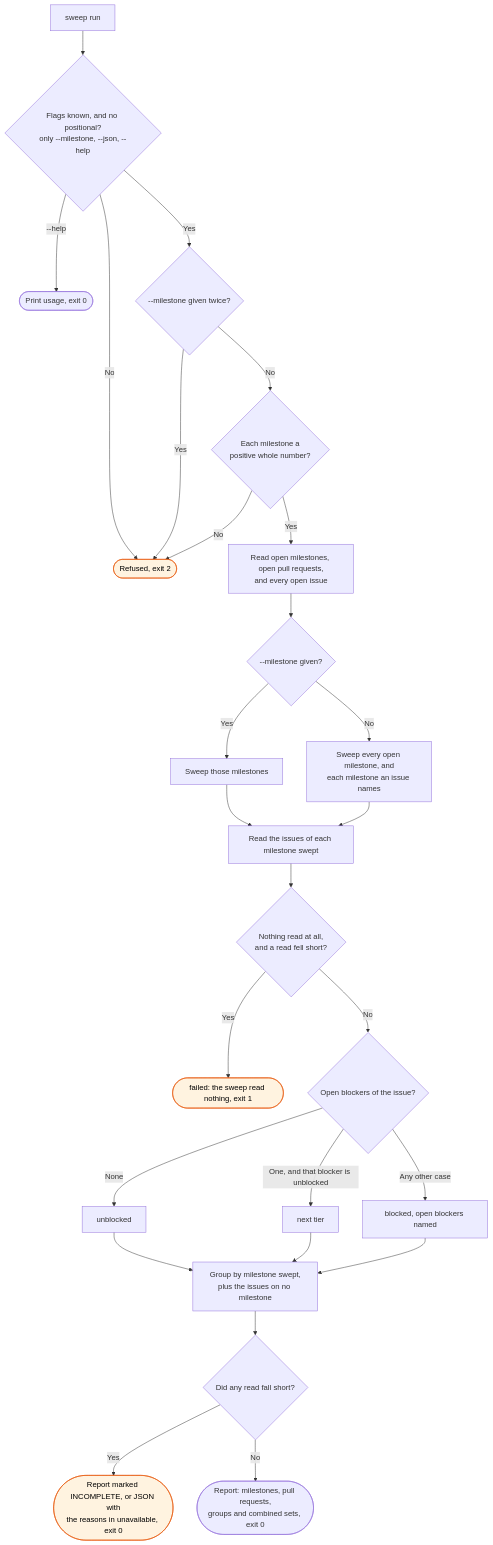
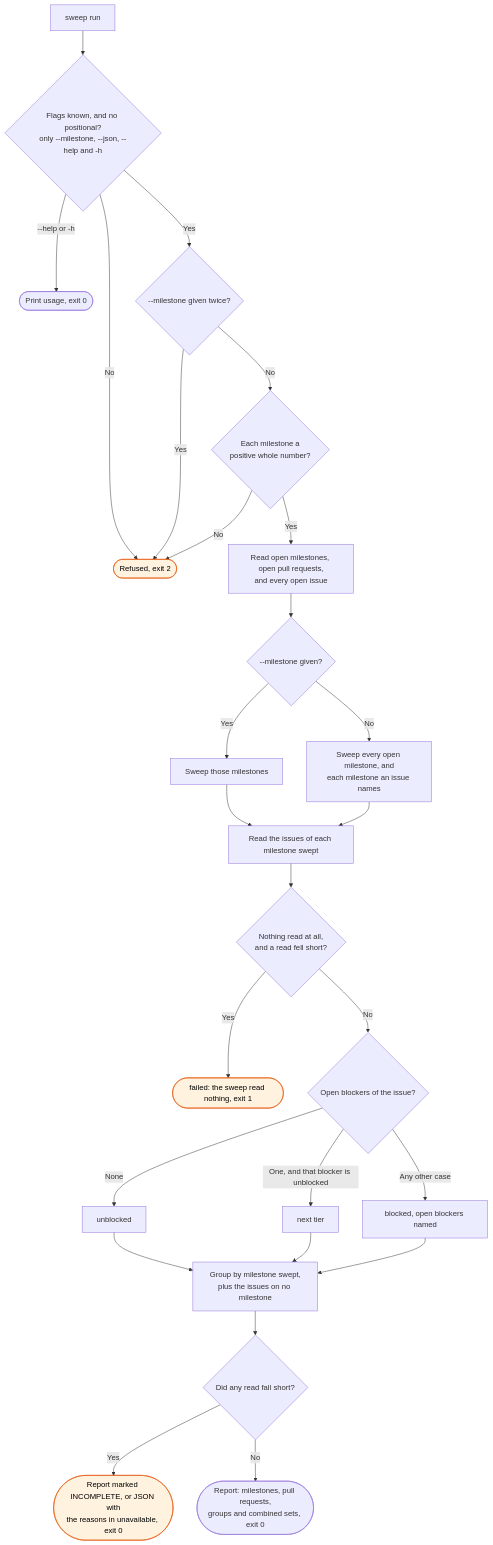
The diagram in docs/flows/workstreams/sweep/sweep-flow.md (bje-settings/claude), drawn with Mermaid before and after one commit. The commit also changed 23 other files, not shown here.

````diff
--- a/docs/flows/workstreams/sweep/sweep-flow.md
+++ b/docs/flows/workstreams/sweep/sweep-flow.md
@@ -15,30 +15,30 @@
 ```mermaid
 flowchart TD
-    A[sweep run] --> B{Flags known, and no positional?<br/>only --milestone, --json, --help}
+    A[sweep run] --> B{Flags known, and no positional?<br/>only --milestone, --json, --help and -h}
     B -->|No| Z1([Refused, exit 2]):::stop
-    B -->|--help| H([Print usage, exit 0])
+    B -->|--help or -h| H([Print usage, exit 0])
     B -->|Yes| C{--milestone given twice?}
     C -->|Yes| Z1
     C -->|No| D{Each milestone a<br/>positive whole number?}
     D -->|No| Z1
     D -->|Yes| E[Read open milestones, open pull requests,<br/>and every open issue]
     E --> F{--milestone given?}
     F -->|Yes| G[Sweep those milestones]
     F -->|No| I[Sweep every open milestone, and<br/>each milestone an issue names]
     G --> J[Read the issues of each milestone swept]
     I --> J
     J --> K{Nothing read at all,<br/>and a read fell short?}
     K -->|Yes| Z2([failed: the sweep read nothing, exit 1]):::stop
     K -->|No| L{Open blockers of the issue?}
     L -->|None| T1[unblocked]
     L -->|One, and that blocker is unblocked| T2[next tier]
     L -->|Any other case| T3[blocked, open blockers named]
     T1 --> N[Group by milestone swept,<br/>plus the issues on no milestone]
     T2 --> N
     T3 --> N
     N --> O{Did any read fall short?}
     O -->|Yes| P([Report marked INCOMPLETE, or JSON with<br/>the reasons in unavailable, exit 0]):::stop
     O -->|No| Q([Report: milestones, pull requests,<br/>groups and combined sets, exit 0])
 
     classDef stop fill:#fff3e0,stroke:#e65100,color:#000
 ```
````
